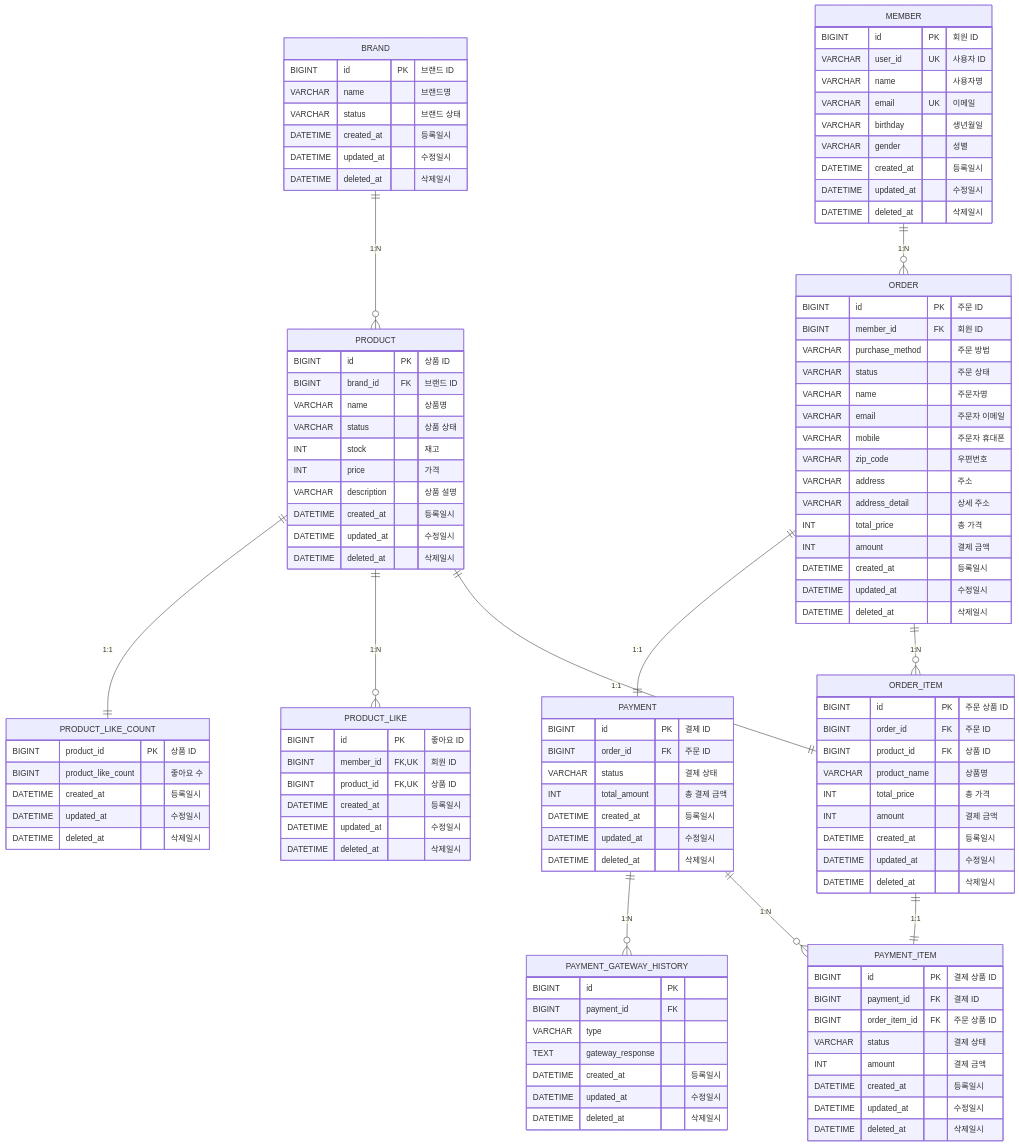
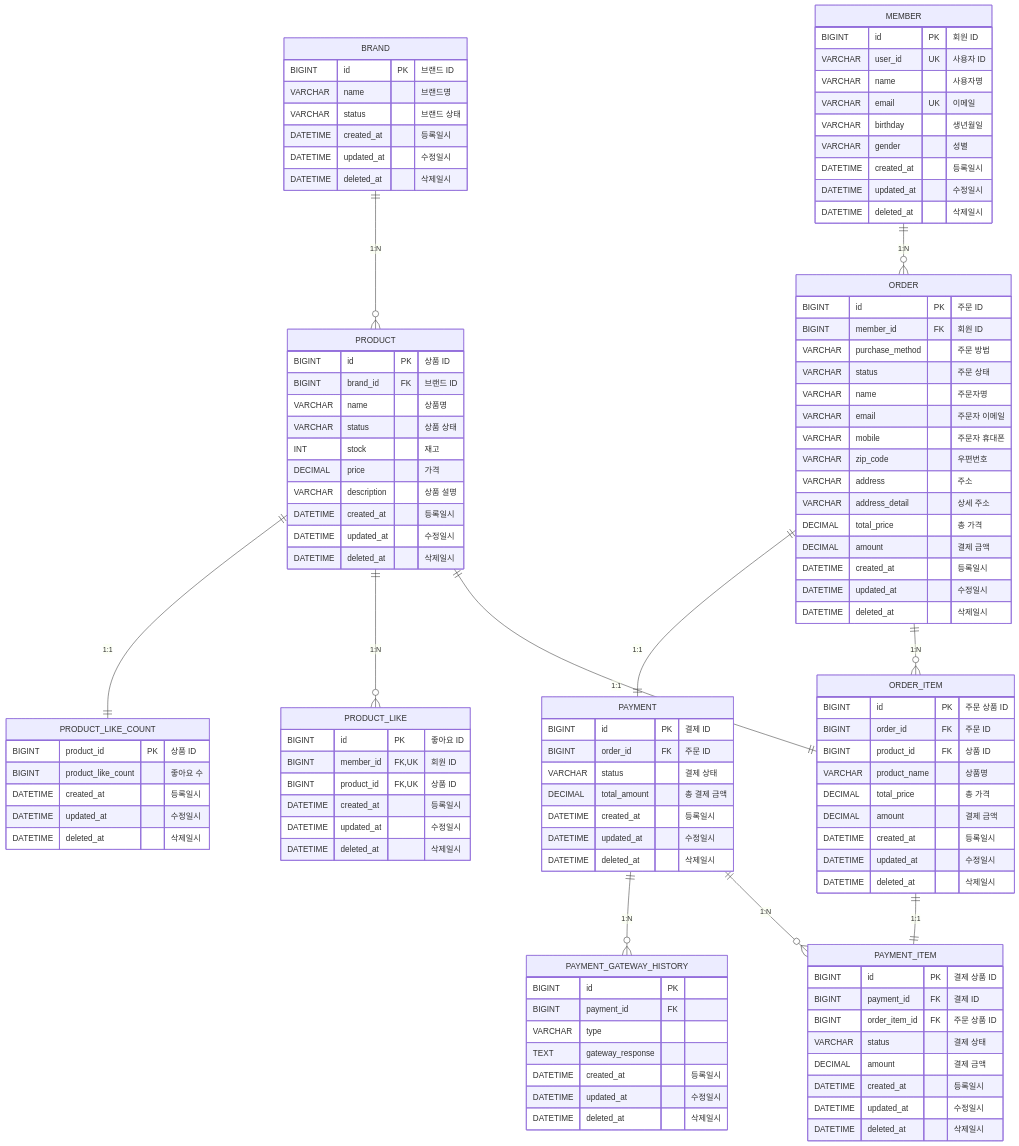
Before and after one commit to kiekk/gamsung-commerce: the diagram in docs/design/04-erd.md, drawn with Mermaid.

Commit message:
docs: ERD 가격,금액 컬럼 type 변경
* INT -> DECIMAL (금액이기 때문에 보다 정확한 타입을 명시)

```diff
--- a/docs/design/04-erd.md
+++ b/docs/design/04-erd.md
@@ -40,7 +40,7 @@
         VARCHAR name "상품명"
         VARCHAR status "상품 상태"
         INT stock "재고"
-        INT price "가격"
+        DECIMAL price "가격"
         VARCHAR description "상품 설명"
         DATETIME created_at "등록일시"
         DATETIME updated_at "수정일시"
@@ -58,8 +58,8 @@
         VARCHAR zip_code "우편번호"
         VARCHAR address "주소"
         VARCHAR address_detail "상세 주소"
-        INT total_price "총 가격"
-        INT amount "결제 금액"
+        DECIMAL total_price "총 가격"
+        DECIMAL amount "결제 금액"
         DATETIME created_at "등록일시"
         DATETIME updated_at "수정일시"
         DATETIME deleted_at "삭제일시"
@@ -70,8 +70,8 @@
         BIGINT order_id FK "주문 ID"
         BIGINT product_id FK "상품 ID"
         VARCHAR product_name "상품명"
-        INT total_price "총 가격"
-        INT amount "결제 금액"
+        DECIMAL total_price "총 가격"
+        DECIMAL amount "결제 금액"
         DATETIME created_at "등록일시"
         DATETIME updated_at "수정일시"
         DATETIME deleted_at "삭제일시"
@@ -81,7 +81,7 @@
         BIGINT id PK "결제 ID"
         BIGINT order_id FK "주문 ID"
         VARCHAR status "결제 상태"
-        INT total_amount "총 결제 금액"
+        DECIMAL total_amount "총 결제 금액"
         DATETIME created_at "등록일시"
         DATETIME updated_at "수정일시"
         DATETIME deleted_at "삭제일시"
@@ -92,7 +92,7 @@
         BIGINT payment_id FK "결제 ID"
         BIGINT order_item_id FK "주문 상품 ID"
         VARCHAR status "결제 상태"
-        INT amount "결제 금액"
+        DECIMAL amount "결제 금액"
         DATETIME created_at "등록일시"
         DATETIME updated_at "수정일시"
         DATETIME deleted_at "삭제일시"
```
